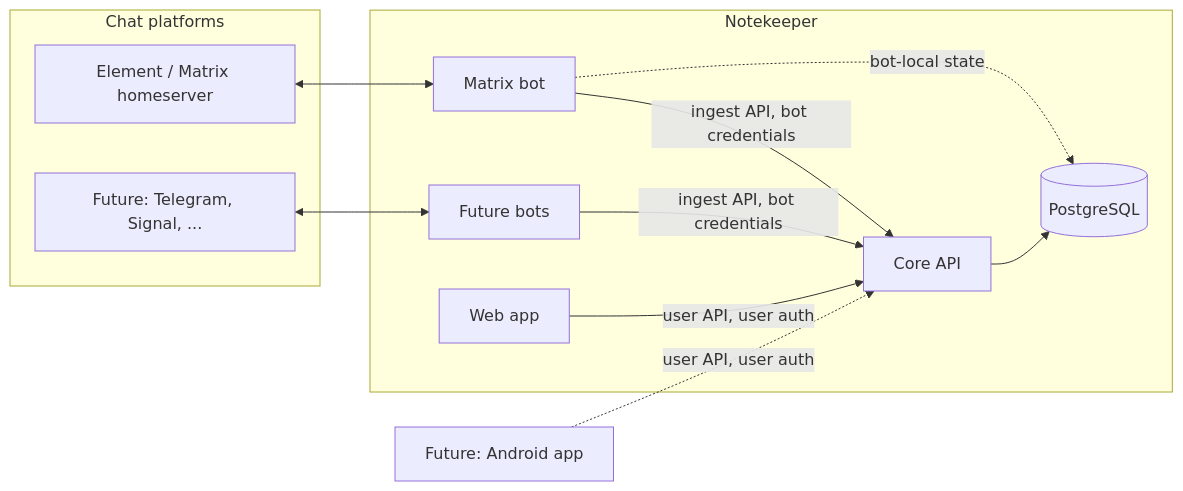
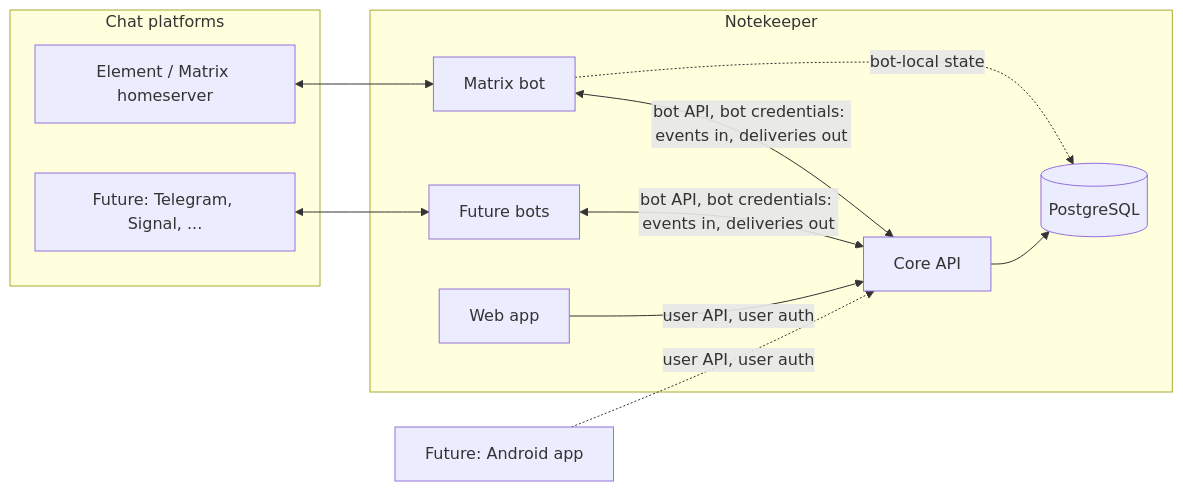
Before and after one commit to Niboor/notekeeper: the diagram in docs/requirements.md, drawn with Mermaid. The commit also changed other lines of this file, not shown here.

````diff
--- a/docs/requirements.md
+++ b/docs/requirements.md
@@ -59,24 +75,24 @@
 ```mermaid
 flowchart LR
     subgraph chat[Chat platforms]
         Element[Element / Matrix homeserver]
         Other[Future: Telegram, Signal, ...]
     end
     subgraph nk[Notekeeper]
         MB[Matrix bot]
         OB[Future bots]
         Core[Core API]
         Web[Web app]
         DB[(PostgreSQL)]
     end
     Android[Future: Android app]
 
     Element <--> MB
     Other <--> OB
-    MB -->|ingest API, bot credentials| Core
-    OB -->|ingest API, bot credentials| Core
+    MB <-->|bot API, bot credentials: events in, deliveries out| Core
+    OB <-->|bot API, bot credentials: events in, deliveries out| Core
     Web -->|user API, user auth| Core
     Android -.->|user API, user auth| Core
     Core --> DB
     MB -.->|bot-local state| DB
 ```
````
